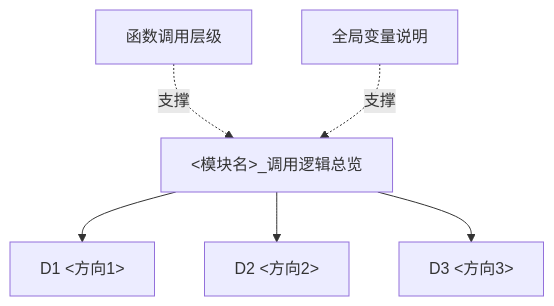
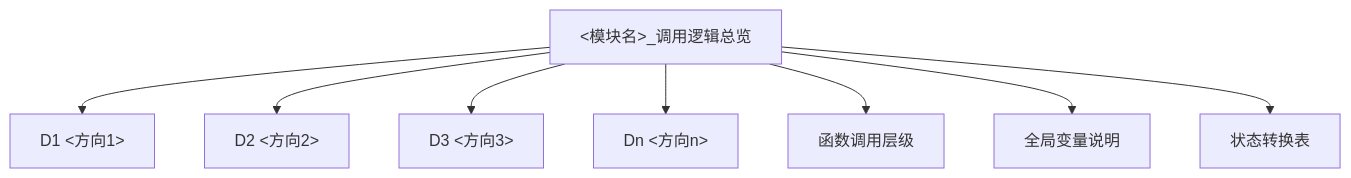
Before and after one commit to luokai123456/AUTOSAR-: the diagram in AUTOSAR/模块/_模块模板/模块总览模板.md, drawn with Mermaid. The commit also changed other lines of this file and 21 other files, not shown here.

````diff
--- a/AUTOSAR/模块/_模块模板/模块总览模板.md
+++ b/AUTOSAR/模块/_模块模板/模块总览模板.md
@@ -29,14 +33,19 @@
 ```mermaid
 flowchart TB
     HUB["<模块名>_调用逻辑总览"]
     D1["D1 <方向1>"]
     D2["D2 <方向2>"]
     D3["D3 <方向3>"]
+    DN["Dn <方向n>"]
     LV["函数调用层级"]
     GV["全局变量说明"]
+    ST["状态转换表"]
+
     HUB --> D1
     HUB --> D2
     HUB --> D3
-    LV -.支撑.-> HUB
-    GV -.支撑.-> HUB
+    HUB --> DN
+    HUB --> LV
+    HUB --> GV
+    HUB --> ST
 ```
````
